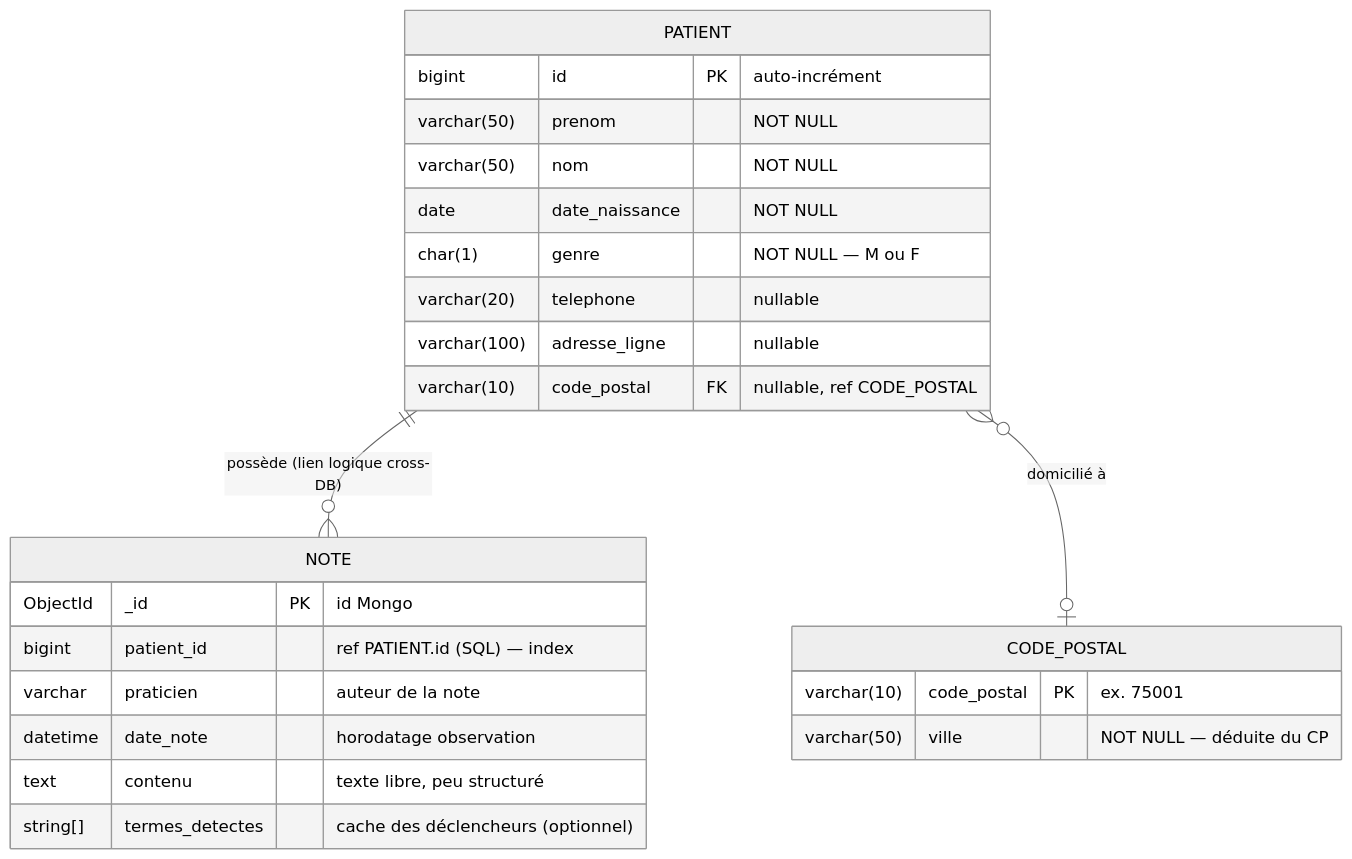
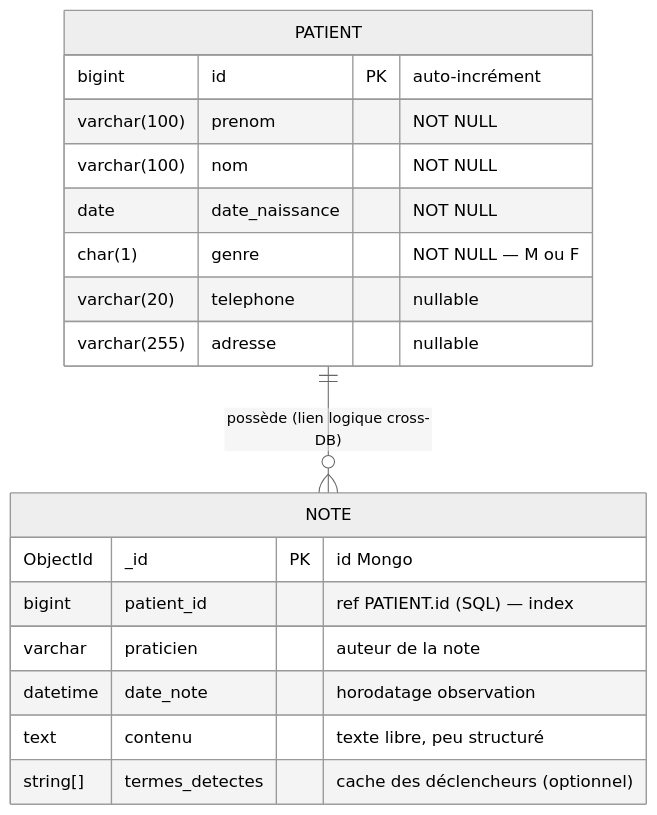
The diagram in docs/diagrams/mcd-mld.mmd (nocivecreative/medilabo-solutions), drawn with Mermaid (neutral theme) before and after one commit. The commit also changed 6 other files, not shown here.

First line of the commit message:
feat(patient): initial MySQL schema + datasource aligned with MCD

```diff
--- a/docs/diagrams/mcd-mld.mmd
+++ b/docs/diagrams/mcd-mld.mmd
@@ -1,29 +1,22 @@
 erDiagram
 
     PATIENT       ||--o{ NOTE          : "possède (lien logique cross-DB)"
-    PATIENT       }o--o| CODE_POSTAL   : "domicilié à"
 
     PATIENT {
         bigint       id              PK "auto-incrément"
-        varchar(50)  prenom            "NOT NULL"
-        varchar(50)  nom               "NOT NULL"
+        varchar(100)  prenom            "NOT NULL"
+        varchar(100)  nom               "NOT NULL"
         date         date_naissance    "NOT NULL"
         char(1)      genre             "NOT NULL — M ou F"
         varchar(20)  telephone         "nullable"
-        varchar(100) adresse_ligne     "nullable"
-        varchar(10)  code_postal       FK "nullable, ref CODE_POSTAL"
-    }
-
-    CODE_POSTAL {
-        varchar(10) code_postal       PK "ex. 75001"
-        varchar(50) ville              "NOT NULL — déduite du CP"
+        varchar(255) adresse           "nullable"
     }
 
     NOTE {
         ObjectId  _id                 PK "id Mongo"
         bigint    patient_id            "ref PATIENT.id (SQL) — index"
         varchar   praticien             "auteur de la note"
         datetime  date_note             "horodatage observation"
         text      contenu               "texte libre, peu structuré"
         string[]  termes_detectes       "cache des déclencheurs (optionnel)"
     }
```
